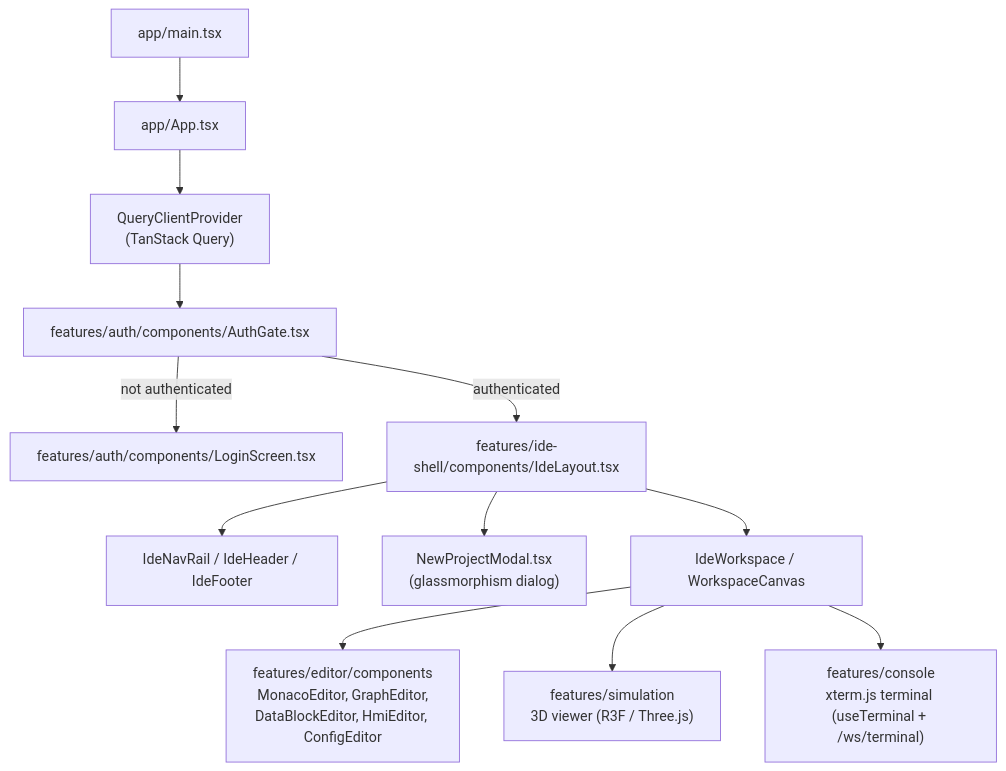
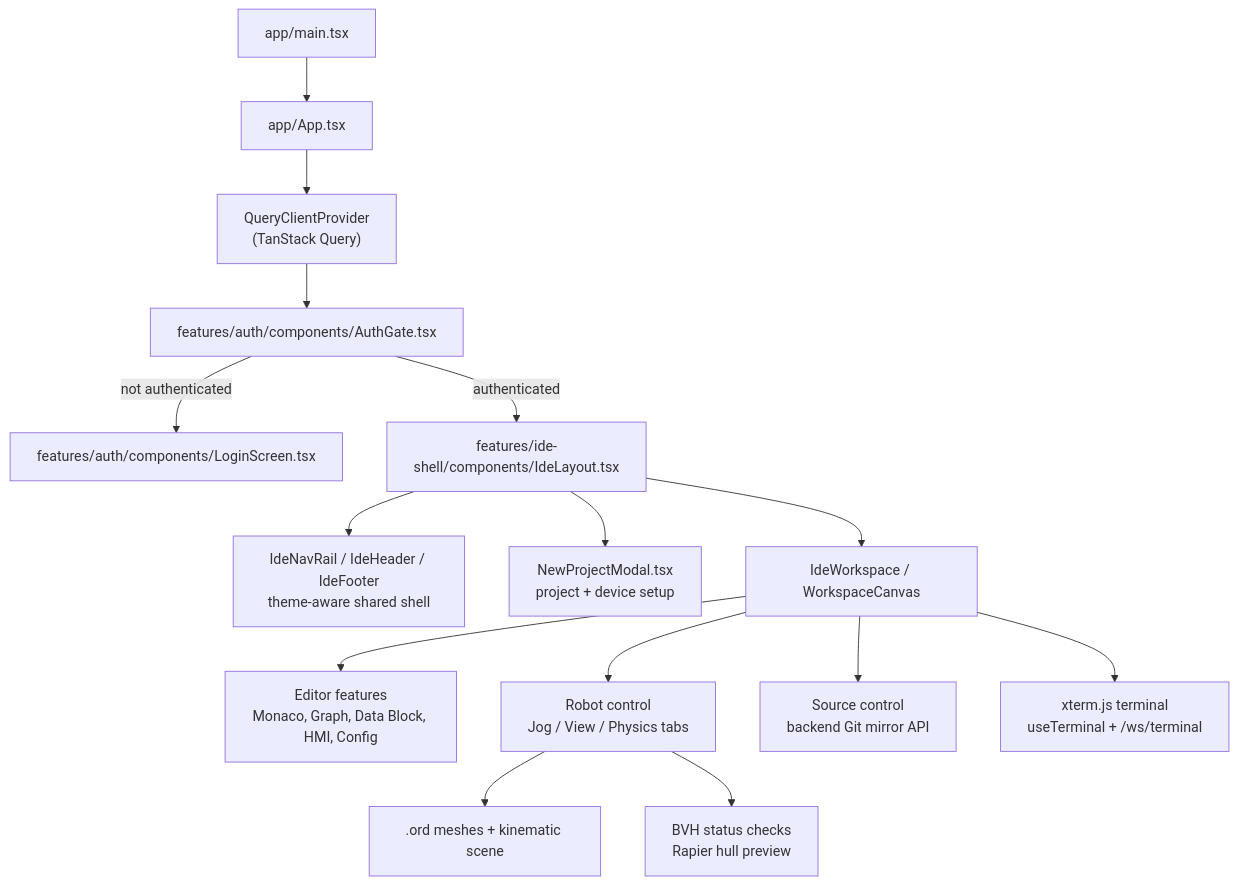
The eighth of 11 diagrams in docs/ARCHITECTURE.md (Ash786Sharma/Robot_Studio), drawn with Mermaid before and after one commit. The commit also changed other lines of this file and 26 other files, not shown here.

````diff
--- a/docs/ARCHITECTURE.md
+++ b/docs/ARCHITECTURE.md
@@ -322,14 +326,17 @@
 ```mermaid
 flowchart TB
     MAIN["app/main.tsx"] --> APP["app/App.tsx"]
     APP --> QC["QueryClientProvider\n(TanStack Query)"]
     QC --> GATE["features/auth/components/AuthGate.tsx"]
     GATE -->|"not authenticated"| LOGIN["features/auth/components/LoginScreen.tsx"]
     GATE -->|"authenticated"| SHELL["features/ide-shell/components/IdeLayout.tsx"]
-    SHELL --> NAV["IdeNavRail / IdeHeader / IdeFooter"]
-    SHELL --> MODAL["NewProjectModal.tsx\n(glassmorphism dialog)"]
+    SHELL --> NAV["IdeNavRail / IdeHeader / IdeFooter\ntheme-aware shared shell"]
+    SHELL --> MODAL["NewProjectModal.tsx\nproject + device setup"]
     SHELL --> WORK["IdeWorkspace / WorkspaceCanvas"]
-    WORK --> EDITORS["features/editor/components\nMonacoEditor, GraphEditor,\nDataBlockEditor, HmiEditor, ConfigEditor"]
-    WORK --> SIM["features/simulation\n3D viewer (R3F / Three.js)"]
-    WORK --> CONSOLE["features/console\nxterm.js terminal (useTerminal + /ws/terminal)"]
+    WORK --> EDITORS["Editor features\nMonaco, Graph, Data Block, HMI, Config"]
+    WORK --> SIM["Robot control\nJog / View / Physics tabs"]
+    SIM --> MODEL[".ord meshes + kinematic scene"]
+    SIM --> COLLISION["BVH status checks\nRapier hull preview"]
+    WORK --> GIT["Source control\nbackend Git mirror API"]
+    WORK --> CONSOLE["xterm.js terminal\nuseTerminal + /ws/terminal"]
 ```
````
